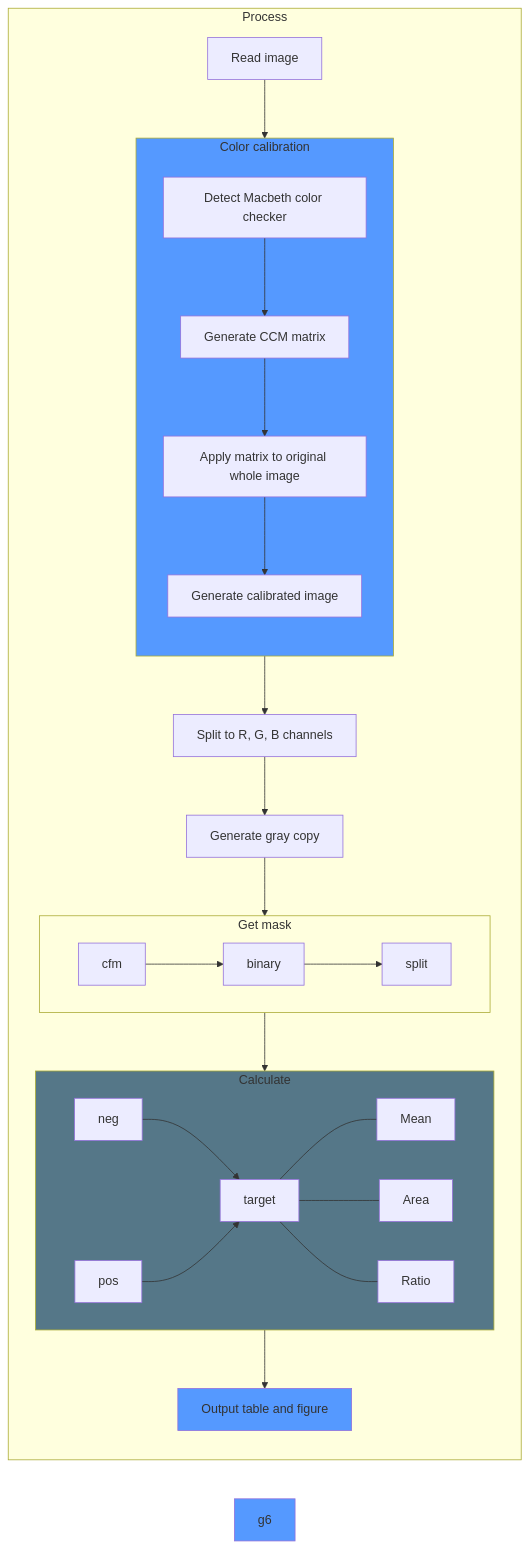
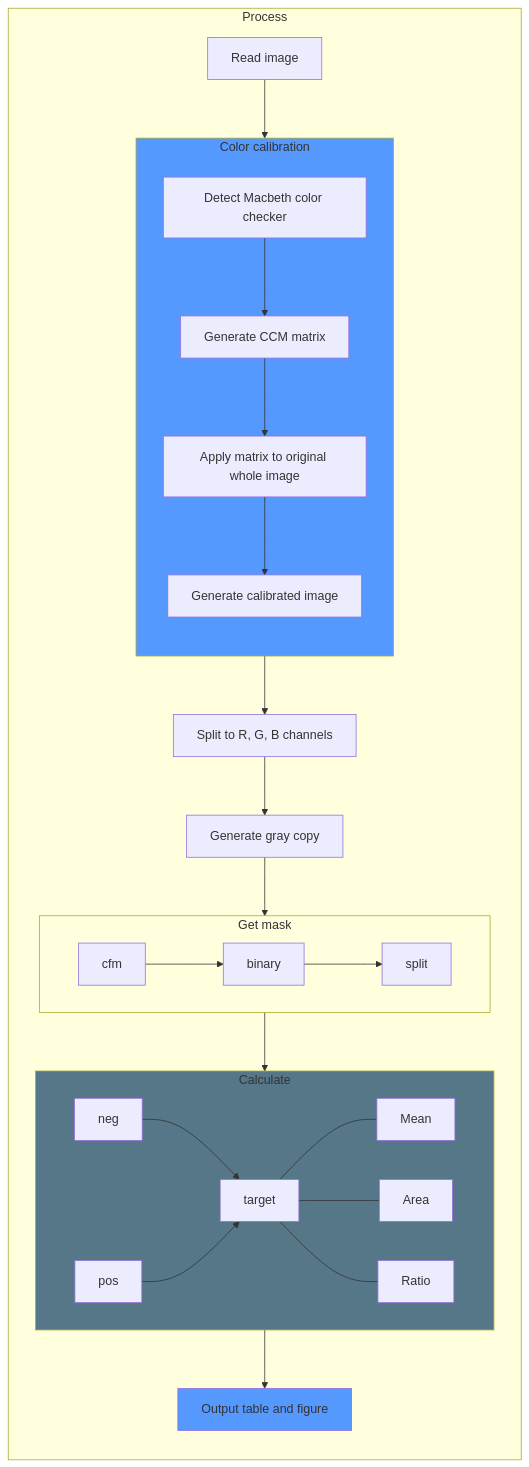
The second of 2 diagrams in README.md (wpwupingwp/pyGUS), drawn with Mermaid before and after one commit. The commit also changed other lines of this file, not shown here.

Commit message:
update flowchart

````diff
--- a/README.md
+++ b/README.md
@@ -367,34 +367,33 @@
 ```mermaid
 flowchart LR
     subgraph Process
         g1[Read image]
         g1.5[[Color calibration]]
         g2[Split to R, G, B channels]
         g3[Generate gray copy]
         g4[Get edge]
         g7[Calculate]
         g8[Output table and figure]
         g1 --> g1.5 --> g2 --> g3 --> g4 --> g7 --> g8 
         style g1.5 fill:#59f
-        style g6 fill:#59f
         style g7 fill:#557788
         style g8 fill:#59f
     end
     subgraph g1.5[Color calibration]
         direction TB
         c1[Detect Macbeth color checker]
         c2[Generate CCM matrix]
         c3[Apply matrix to original whole image]
         c4[Generate calibrated image]
         c1 --> c2 --> c3 --> c4
     end
     subgraph g4[Get mask]
         direction LR
         g41[cfm] --> g42[binary] --> g43[split]
     end
     subgraph g7[Calculate]
         direction LR
         neg & pos --> target --- Mean & Area & Ratio
     end
 
 ```
````
